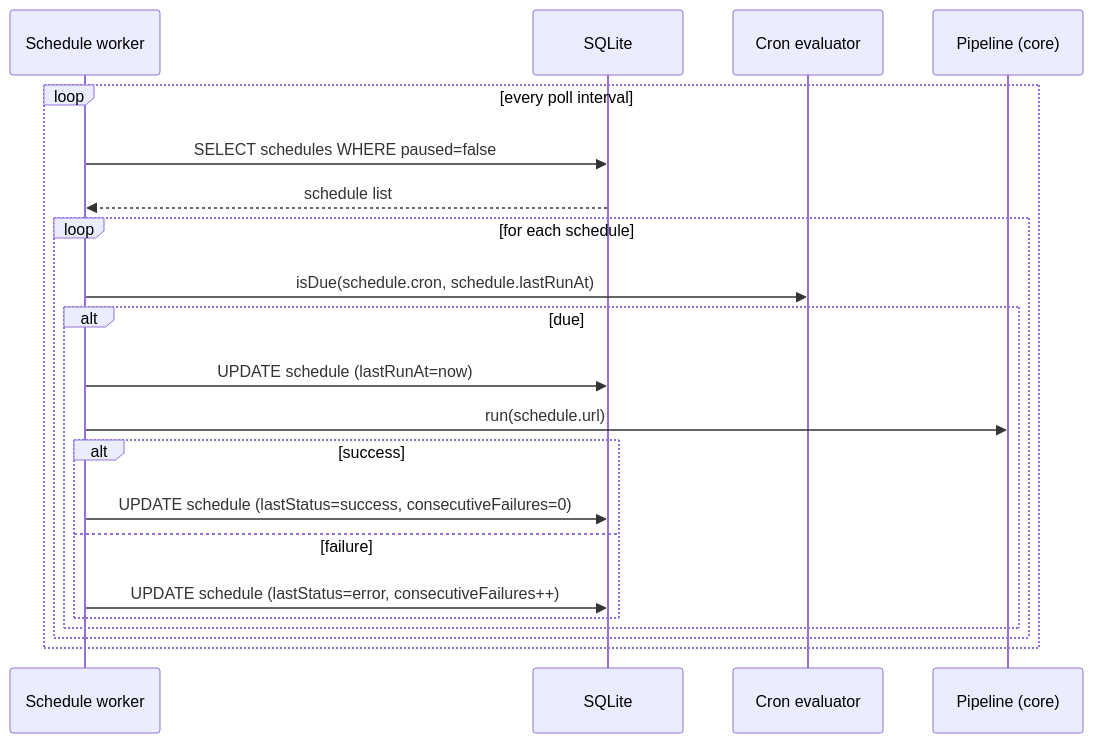
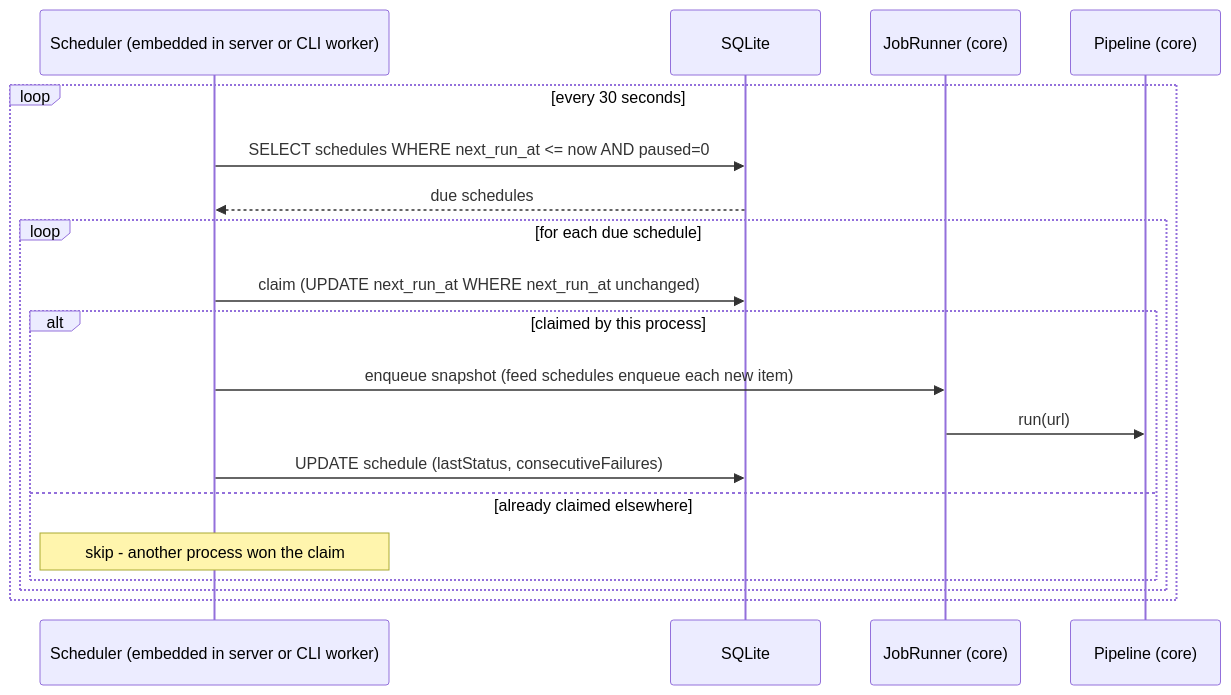
Before and after one commit to gtkatakura/webfrost: the diagram in docs/diagrams/sequences/schedule-flow.mmd, drawn with Mermaid. The commit also changed 55 other files, not shown here.

```diff
--- a/docs/diagrams/sequences/schedule-flow.mmd
+++ b/docs/diagrams/sequences/schedule-flow.mmd
@@ -1,23 +1,21 @@
 sequenceDiagram
-  participant Worker as Schedule worker
+  participant Scheduler as Scheduler (embedded in server or CLI worker)
   participant DB as SQLite
-  participant Cron as Cron evaluator
+  participant Runner as JobRunner (core)
   participant Pipeline as Pipeline (core)
 
-  loop every poll interval
-    Worker->>DB: SELECT schedules WHERE paused=false
-    DB-->>Worker: schedule list
+  loop every 30 seconds
+    Scheduler->>DB: SELECT schedules WHERE next_run_at <= now AND paused=0
+    DB-->>Scheduler: due schedules
 
-    loop for each schedule
-      Worker->>Cron: isDue(schedule.cron, schedule.lastRunAt)
-      alt due
-        Worker->>DB: UPDATE schedule (lastRunAt=now)
-        Worker->>Pipeline: run(schedule.url)
-        alt success
-          Worker->>DB: UPDATE schedule (lastStatus=success, consecutiveFailures=0)
-        else failure
-          Worker->>DB: UPDATE schedule (lastStatus=error, consecutiveFailures++)
-        end
+    loop for each due schedule
+      Scheduler->>DB: claim (UPDATE next_run_at WHERE next_run_at unchanged)
+      alt claimed by this process
+        Scheduler->>Runner: enqueue snapshot (feed schedules enqueue each new item)
+        Runner->>Pipeline: run(url)
+        Scheduler->>DB: UPDATE schedule (lastStatus, consecutiveFailures)
+      else already claimed elsewhere
+        note over Scheduler: skip - another process won the claim
       end
     end
   end
```
